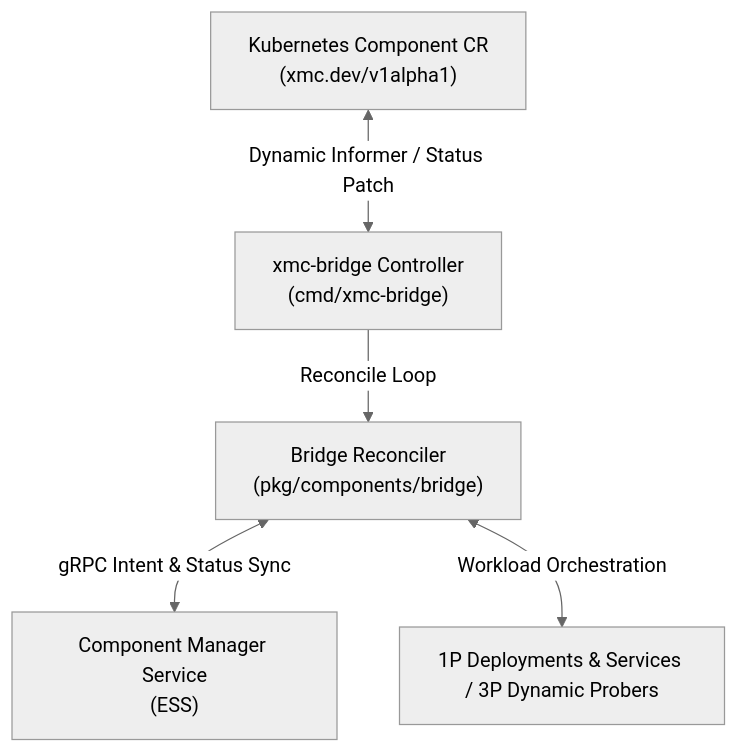
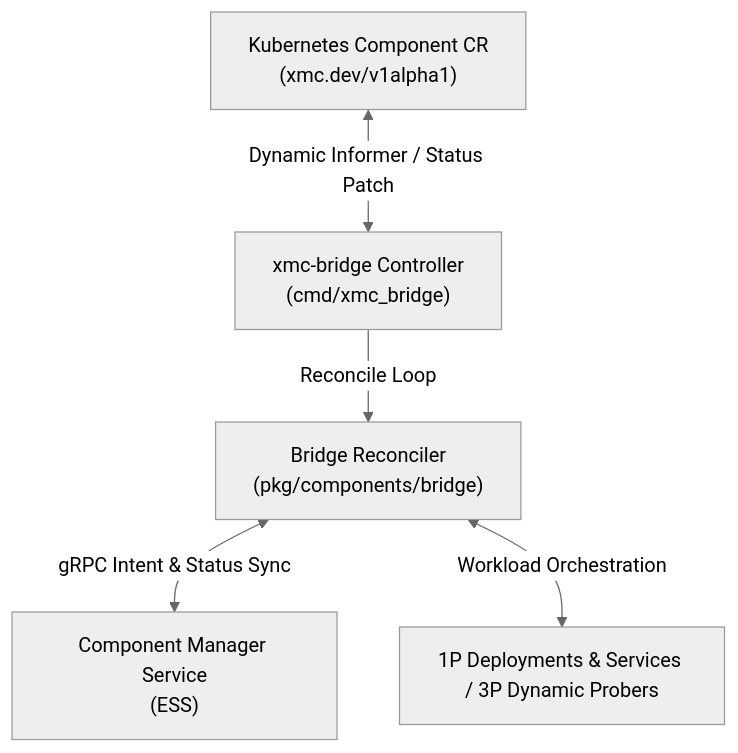
The diagram in pkg/components/bridge/README.md (google/xmc), drawn with Mermaid (neutral theme) before and after one commit.

Commit message:
docs(components): update cmd/xmc_bridge reference in bridge README

````diff
--- a/pkg/components/bridge/README.md
+++ b/pkg/components/bridge/README.md
@@ -9,7 +9,7 @@
 ```mermaid
 graph TD
-    CR["Kubernetes Component CR<br>(xmc.dev/v1alpha1)"] <-->|"Dynamic Informer / Status Patch"| Bridge["xmc-bridge Controller<br>(cmd/xmc-bridge)"]
+    CR["Kubernetes Component CR<br>(xmc.dev/v1alpha1)"] <-->|"Dynamic Informer / Status Patch"| Bridge["xmc-bridge Controller<br>(cmd/xmc_bridge)"]
     Bridge -->|"Reconcile Loop"| Reconciler["Bridge Reconciler<br>(pkg/components/bridge)"]
     Reconciler <-->|"gRPC Intent & Status Sync"| CMS["Component Manager Service<br>(ESS)"]
     Reconciler <-->|"Workload Orchestration"| Workloads["1P Deployments & Services / 3P Dynamic Probers"]
 ```
````
